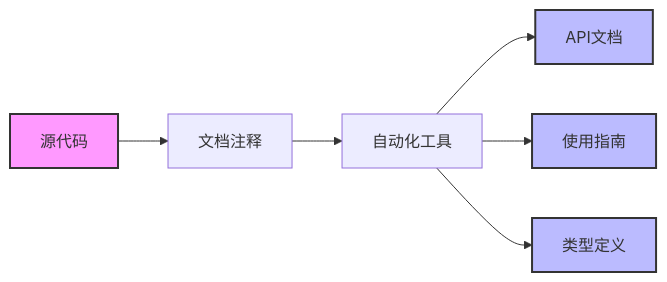
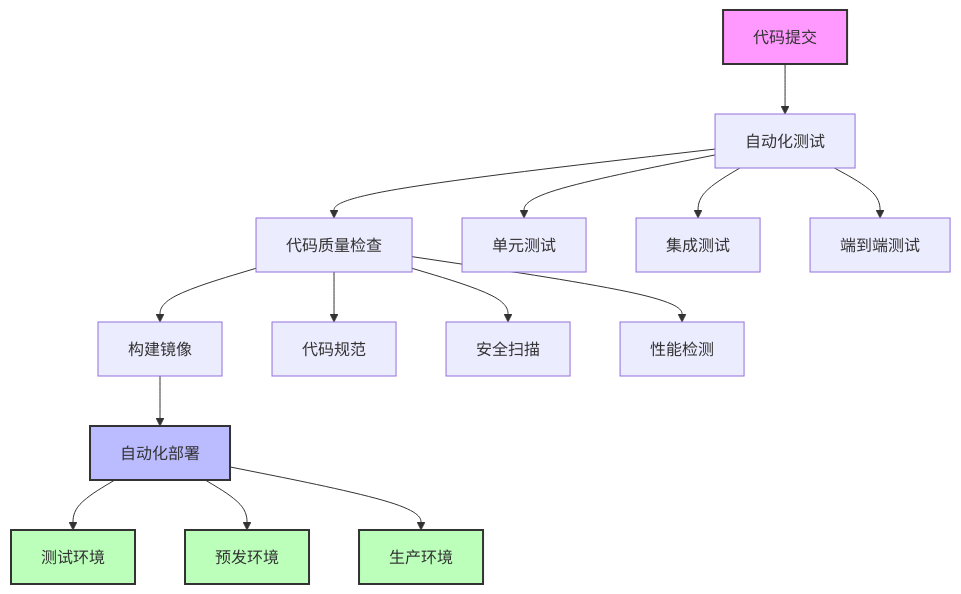
Before and after one commit to wutongci/cursor-courses: the seventh of 10 diagrams in base/第七章-团队协作与代码标准化.md, drawn with Mermaid. The commit also changed other lines of this file and 9 other files, not shown here.

````diff
--- a/base/第七章-团队协作与代码标准化.md
+++ b/base/第七章-团队协作与代码标准化.md
@@ -116,13 +424,25 @@
 ```mermaid
-graph LR
-    A[源代码] --> B[文档注释]
-    B --> C[自动化工具]
-    C --> D[API文档]
-    C --> E[使用指南]
-    C --> F[类型定义]
+graph TD
+    A[代码提交] --> B[自动化测试]
+    B --> C[代码质量检查]
+    C --> D[构建镜像]
+    D --> E[自动化部署]
+    
+    B --> F[单元测试]
+    B --> G[集成测试]
+    B --> H[端到端测试]
+    
+    C --> I[代码规范]
+    C --> J[安全扫描]
+    C --> K[性能检测]
+    
+    E --> L[测试环境]
+    E --> M[预发环境]
+    E --> N[生产环境]
     
     style A fill:#f9f,stroke:#333,stroke-width:2px
-    style D fill:#bbf,stroke:#333,stroke-width:2px
     style E fill:#bbf,stroke:#333,stroke-width:2px
-    style F fill:#bbf,stroke:#333,stroke-width:2px
+    style L fill:#bfb,stroke:#333,stroke-width:2px
+    style M fill:#bfb,stroke:#333,stroke-width:2px
+    style N fill:#bfb,stroke:#333,stroke-width:2px
 ```
````
